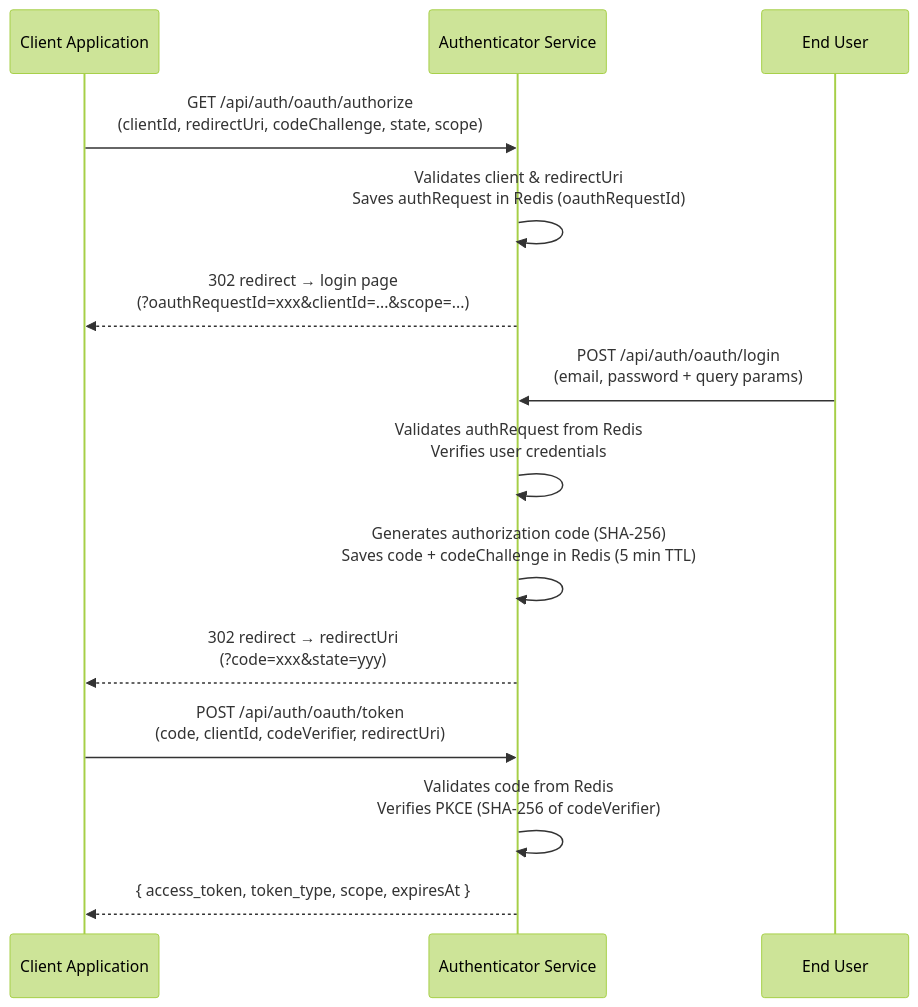
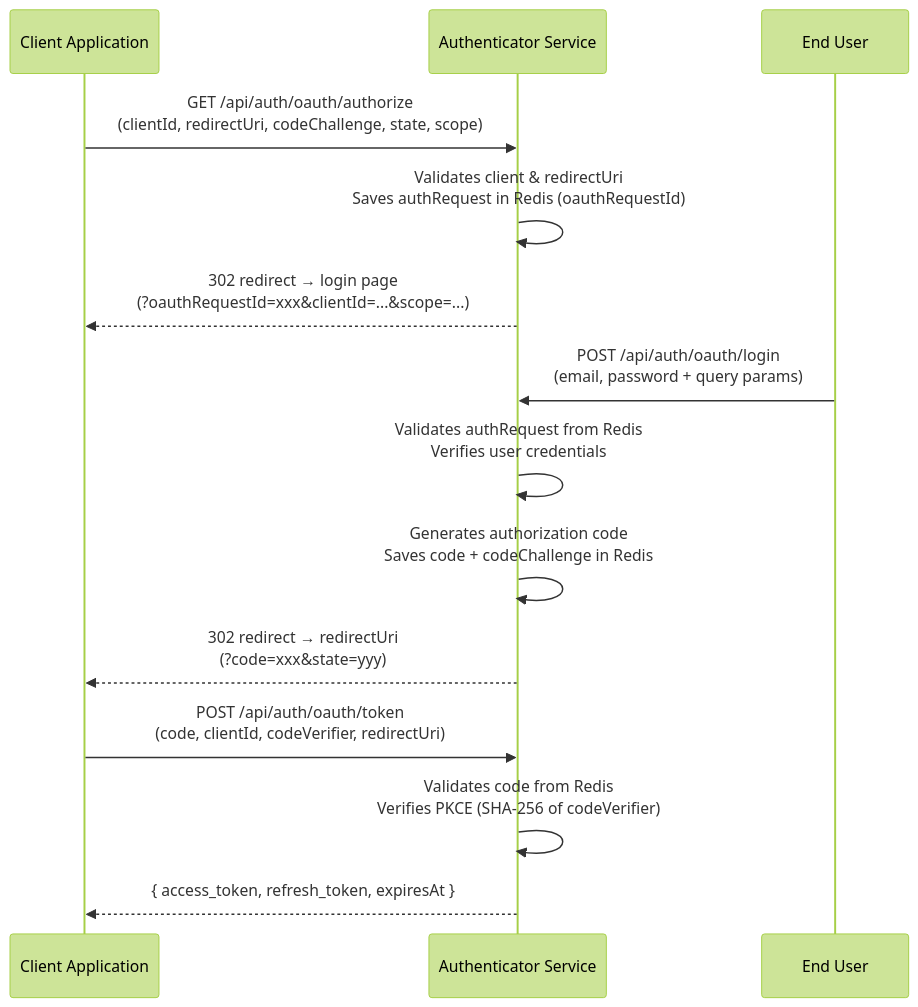
Before and after one commit to LuisFernando12/Authenticator-back: the first of 3 diagrams in README.md, drawn with Mermaid (forest theme). The commit also changed other lines of this file and 1 other file, not shown here.

````diff
--- a/README.md
+++ b/README.md
@@ -68,19 +68,19 @@
 ```mermaid
 sequenceDiagram
     participant App as Client Application
     participant Auth as Authenticator Service
     participant User as End User
 
     App->>Auth: GET /api/auth/oauth/authorize<br/>(clientId, redirectUri, codeChallenge, state, scope)
     Auth->>Auth: Validates client & redirectUri<br/>Saves authRequest in Redis (oauthRequestId)
     Auth-->>App: 302 redirect → login page<br/>(?oauthRequestId=xxx&clientId=...&scope=...)
 
     User->>Auth: POST /api/auth/oauth/login<br/>(email, password + query params)
     Auth->>Auth: Validates authRequest from Redis<br/>Verifies user credentials
-    Auth->>Auth: Generates authorization code (SHA-256)<br/>Saves code + codeChallenge in Redis (5 min TTL)
+    Auth->>Auth: Generates authorization code<br/>Saves code + codeChallenge in Redis
     Auth-->>App: 302 redirect → redirectUri<br/>(?code=xxx&state=yyy)
 
     App->>Auth: POST /api/auth/oauth/token<br/>(code, clientId, codeVerifier, redirectUri)
     Auth->>Auth: Validates code from Redis<br/>Verifies PKCE (SHA-256 of codeVerifier)
-    Auth-->>App: { access_token, token_type, scope, expiresAt }
+    Auth-->>App: { access_token, refresh_token, expiresAt }
 ```
````
